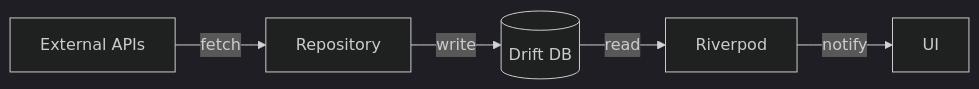
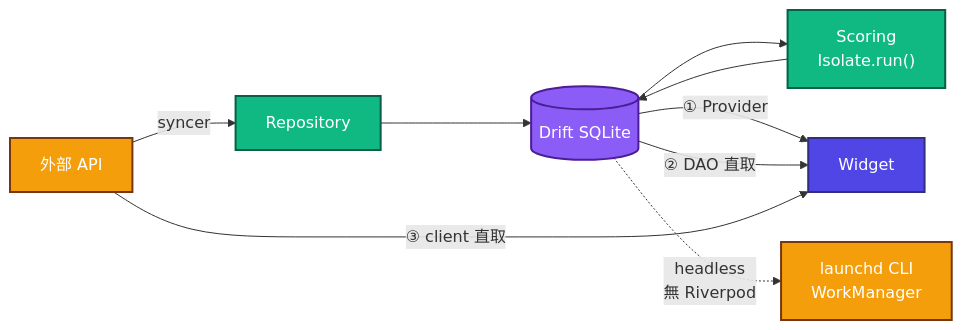
One commit to Neal75418/daredevil changed the second of 2 diagrams in .claude/rules/architecture.md. Above: the diagram before and after it, drawn with Mermaid. The commit also changed other lines of this file and 3 other files, not shown here.

````diff
--- a/.claude/rules/architecture.md
+++ b/.claude/rules/architecture.md
@@ -49,8 +58,22 @@
 ```mermaid
-%%{init: {'theme': 'dark'}}%%
 flowchart LR
-    API["External APIs"] -->|fetch| Repo["Repository"]
-    Repo -->|write| DB[("Drift DB")]
-    DB -->|read| Provider["Riverpod"]
-    Provider -->|notify| UI["UI"]
+    API["外部 API"] -->|syncer| Repo["Repository"]
+    Repo --> DB[("Drift SQLite")]
+    DB --> Score["Scoring<br/>Isolate.run()"]
+    Score --> DB
+
+    DB -->|① Provider| UI["Widget"]
+    DB -->|② DAO 直取| UI
+    API -->|③ client 直取| UI
+    DB -.->|headless<br/>無 Riverpod| CLI["launchd CLI<br/>WorkManager"]
+
+    classDef ext fill:#F59E0B,stroke:#78350F,stroke-width:2px,color:#FFFFFF
+    classDef store fill:#8B5CF6,stroke:#4C1D95,stroke-width:2px,color:#FFFFFF
+    classDef dom fill:#10B981,stroke:#065F46,stroke-width:2px,color:#FFFFFF
+    classDef pres fill:#4F46E5,stroke:#312E81,stroke-width:2px,color:#FFFFFF
+
+    class API,CLI ext
+    class Repo,Score dom
+    class DB store
+    class UI pres
 ```
````
